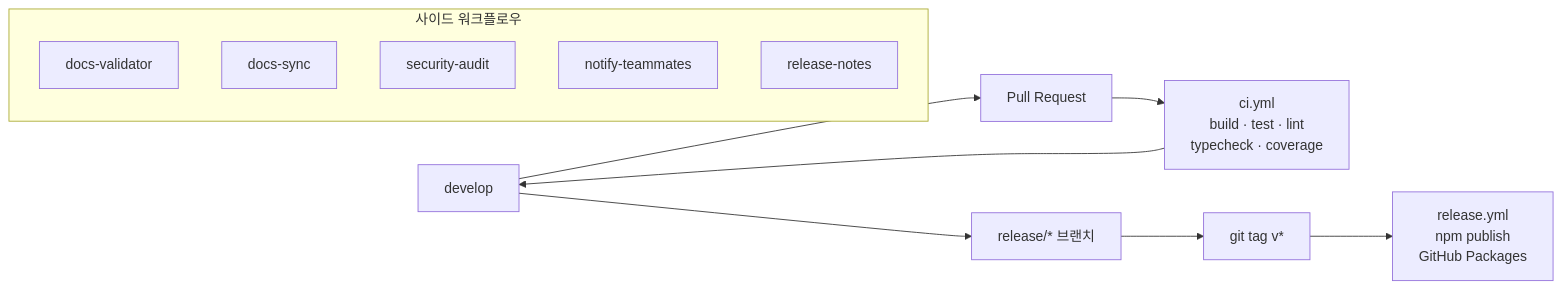
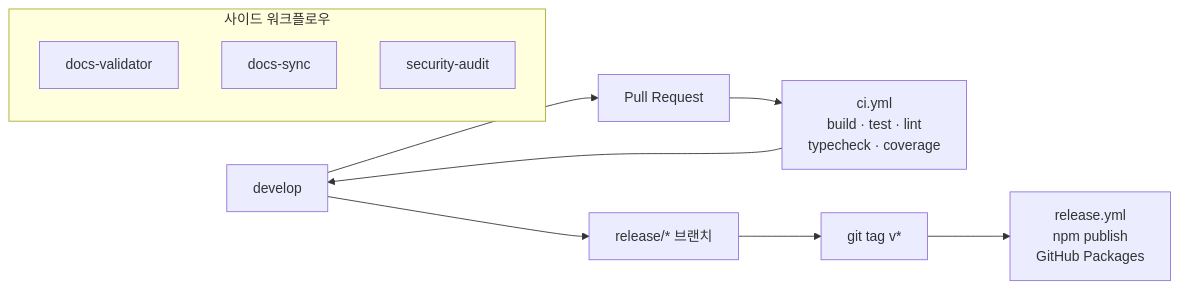
Before and after one commit to baekenough/oh-my-customcode: the seventh of 7 diagrams in ARCHITECTURE_ko.md, drawn with Mermaid. The commit also changed other lines of this file and 5 other files, not shown here.

First line of the commit message:
docs: rewrite README and ARCHITECTURE for v0.36.1

````diff
--- a/ARCHITECTURE_ko.md
+++ b/ARCHITECTURE_ko.md
@@ -320,18 +403,16 @@
 ```mermaid
 flowchart LR
     develop --> PR[Pull Request]
     PR --> ci["ci.yml\nbuild · test · lint\ntypecheck · coverage"]
     ci --> develop
 
     develop --> rel["release/* 브랜치"]
     rel --> tag["git tag v*"]
     tag --> release["release.yml\nnpm publish\nGitHub Packages"]
 
     subgraph 사이드 워크플로우
         docs-validator
         docs-sync
         security-audit
-        notify-teammates
-        release-notes
     end
 ```
````
